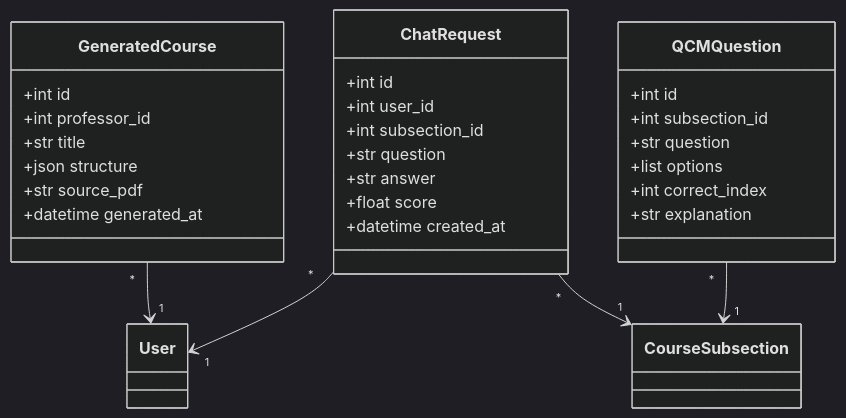
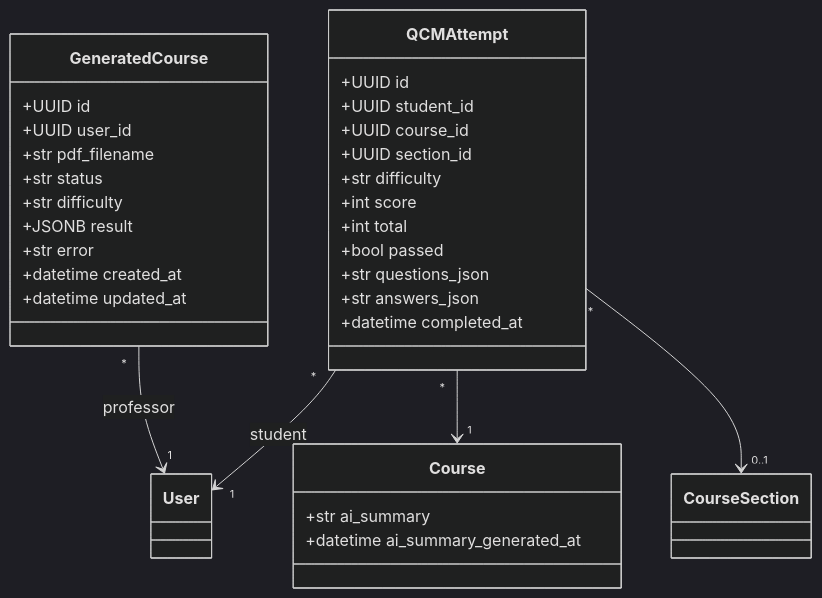
One commit to yazidha09/Hub4Learners changed the second of 5 diagrams in docs/sprints/SPRINT_3.md. Above: the diagram before and after it, drawn with Mermaid (dark theme). The commit also changed other lines of this file and 5 other files, not shown here.

````diff
--- a/docs/sprints/SPRINT_3.md
+++ b/docs/sprints/SPRINT_3.md
@@ -60,35 +73,38 @@
 ```mermaid
 classDiagram
     class GeneratedCourse {
-        +int id
-        +int professor_id
-        +str title
-        +json structure
-        +str source_pdf
-        +datetime generated_at
+        +UUID id
+        +UUID user_id
+        +str pdf_filename
+        +str status
+        +str difficulty
+        +JSONB result
+        +str error
+        +datetime created_at
+        +datetime updated_at
     }
 
-    class ChatRequest {
-        +int id
-        +int user_id
-        +int subsection_id
-        +str question
-        +str answer
-        +float score
-        +datetime created_at
+    class QCMAttempt {
+        +UUID id
+        +UUID student_id
+        +UUID course_id
+        +UUID section_id
+        +str difficulty
+        +int score
+        +int total
+        +bool passed
+        +str questions_json
+        +str answers_json
+        +datetime completed_at
     }
 
-    class QCMQuestion {
-        +int id
-        +int subsection_id
-        +str question
-        +list options
-        +int correct_index
-        +str explanation
+    class Course {
+        +str ai_summary
+        +datetime ai_summary_generated_at
     }
 
-    GeneratedCourse "*" --> "1" User
-    ChatRequest "*" --> "1" User
-    ChatRequest "*" --> "1" CourseSubsection
-    QCMQuestion "*" --> "1" CourseSubsection
+    GeneratedCourse "*" --> "1" User : professor
+    QCMAttempt "*" --> "1" User : student
+    QCMAttempt "*" --> "1" Course
+    QCMAttempt "*" --> "0..1" CourseSection
 ```
````
